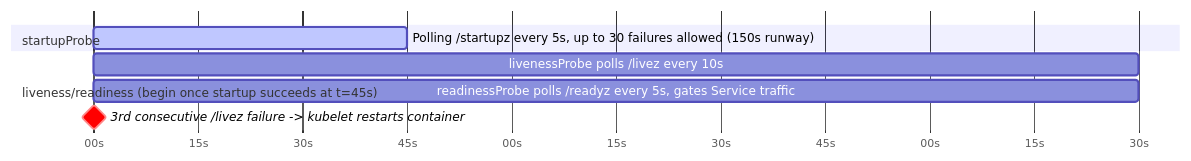
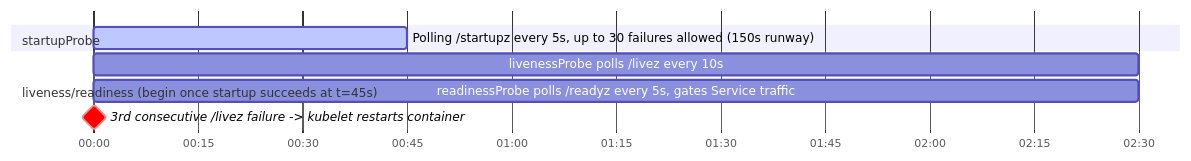
The second of 2 diagrams in _posts/2026-07-27-probes-liveness-readiness-startup.md (mayurjp/dev-blog), drawn with Mermaid before and after one commit. The commit also changed 1 other file, not shown here.

Commit message:
Fix Mermaid block detection and gantt axis format
Verified against this site's actual build output: Rouge falls back to a bare
<pre><code class="language-mermaid"> for an unrecognized language, not the
wrapping <div class="language-X highlighter-rouge"> shape used for known
languages. The head.html script only handled the wrapped-div case, so it was
silently a no-op on every real page. Also fixes the Probes gantt chart's
axisFormat, which used %S (seconds-of-the-minute, resets every 60) instead
of %M:%S -- at t=150s that would have mislabeled the axis tick "30".

````diff
--- a/_posts/2026-07-27-probes-liveness-readiness-startup.md
+++ b/_posts/2026-07-27-probes-liveness-readiness-startup.md
@@ -51,11 +51,11 @@
 ```mermaid
 gantt
     dateFormat X
-    axisFormat %Ss
+    axisFormat %M:%S
     section startupProbe
     Polling /startupz every 5s, up to 30 failures allowed (150s runway) :active, startup, 0, 45
     section liveness/readiness (begin once startup succeeds at t=45s)
     livenessProbe polls /livez every 10s :live, 45, 150
     readinessProbe polls /readyz every 5s, gates Service traffic :ready, 45, 150
     3rd consecutive /livez failure -> kubelet restarts container :crit, milestone, 150, 0
 ```
````
